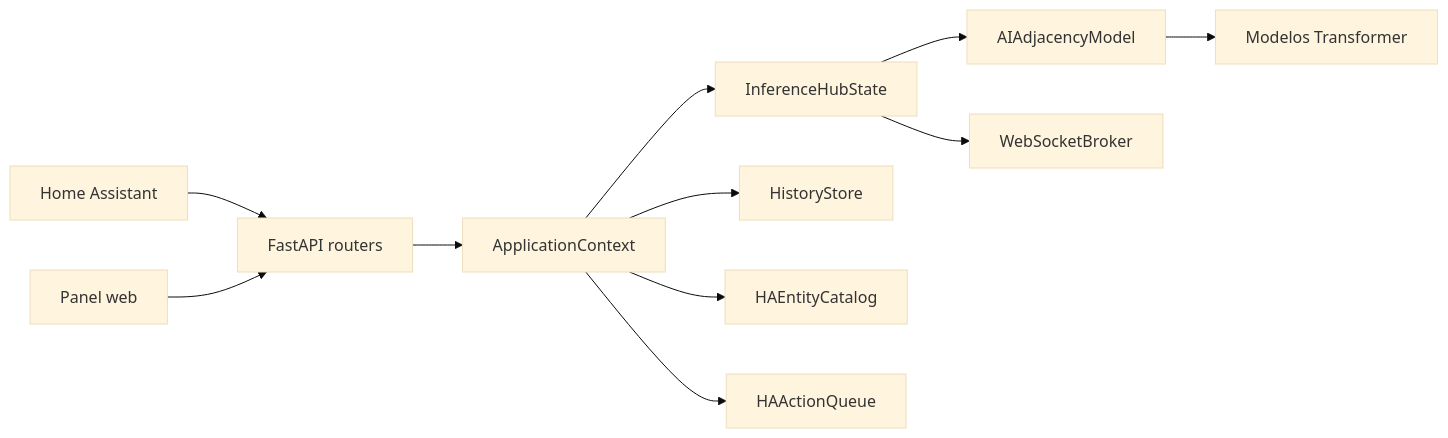
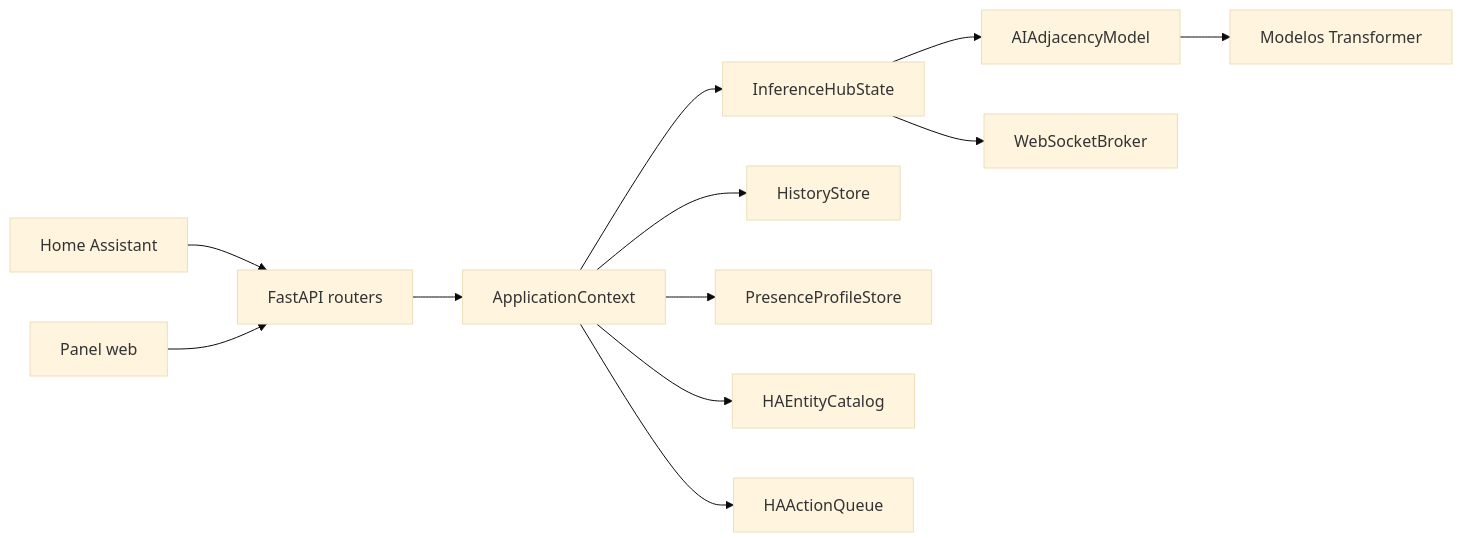
Before and after one commit to GuerraF8/transformer-presence-backend: the diagram in ARCHITECTURE.md, drawn with Mermaid (base theme). The commit also changed other lines of this file and 43 other files, not shown here.

````diff
--- a/ARCHITECTURE.md
+++ b/ARCHITECTURE.md
@@ -53,13 +55,14 @@
 ```mermaid
 flowchart LR
   HA[Home Assistant] --> API[FastAPI routers]
   UI[Panel web] --> API
   API --> CTX[ApplicationContext]
   CTX --> HUB[InferenceHubState]
   CTX --> HIST[HistoryStore]
+  CTX --> PROFILES[PresenceProfileStore]
   CTX --> CAT[HAEntityCatalog]
   CTX --> ACT[HAActionQueue]
   HUB --> MODEL[AIAdjacencyModel]
   MODEL --> TF[Modelos Transformer]
   HUB --> WS[WebSocketBroker]
 ```
````
